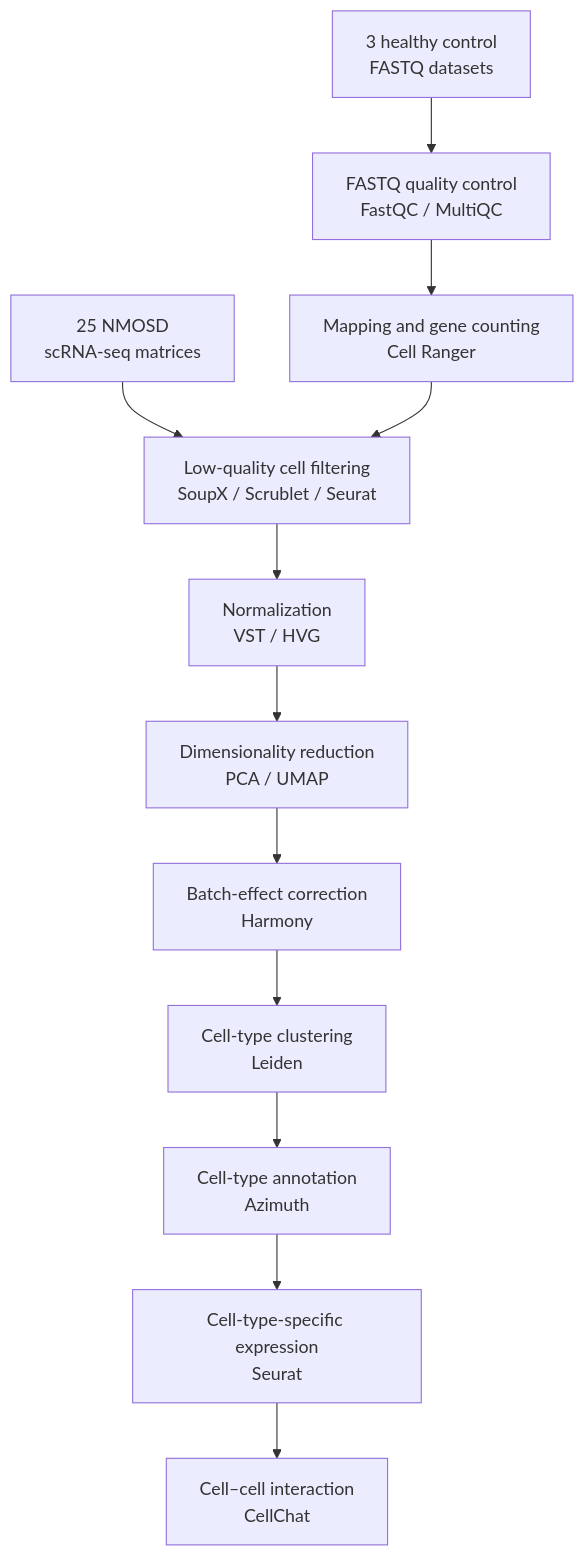
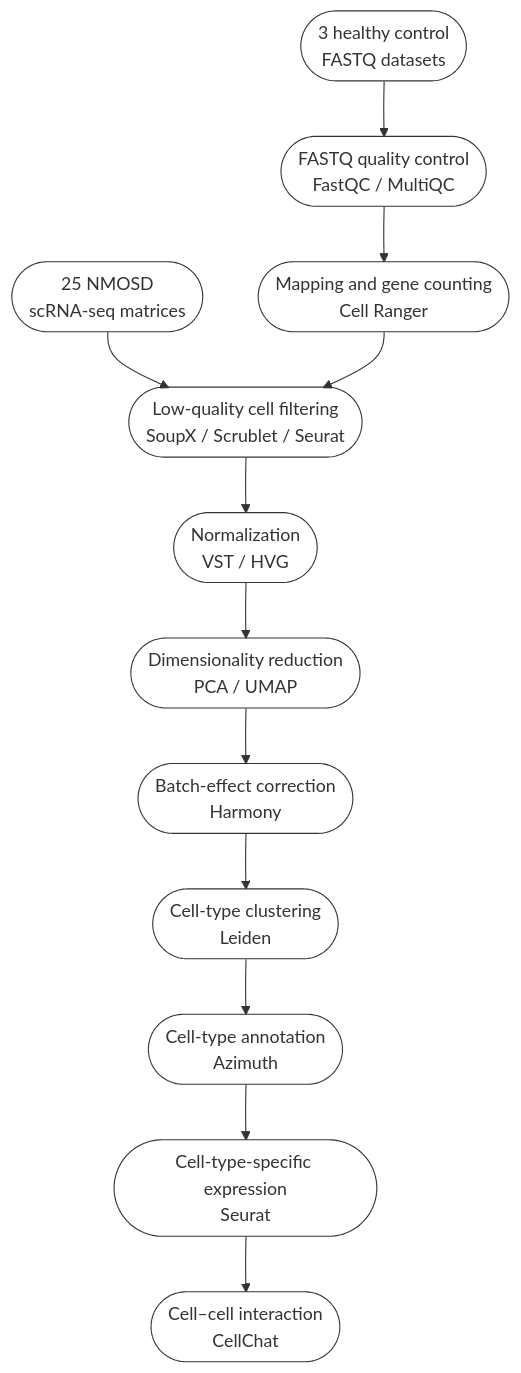
The diagram in README.md (dock0528/NMOSD_scRNA_analysis), drawn with Mermaid before and after one commit.

Commit message:
Refine workflow diagram styling

````diff
--- a/README.md
+++ b/README.md
@@ -26,14 +26,16 @@
 ```mermaid
 flowchart TD
-    A["25 NMOSD<br/>scRNA-seq matrices"] --> D["Low-quality cell filtering<br/>SoupX / Scrublet / Seurat"]
-    B["3 healthy control<br/>FASTQ datasets"] --> C["FASTQ quality control<br/>FastQC / MultiQC"]
-    C --> C1["Mapping and gene counting<br/>Cell Ranger"]
+    A(["25 NMOSD<br/>scRNA-seq matrices"]) --> D(["Low-quality cell filtering<br/>SoupX / Scrublet / Seurat"])
+    B(["3 healthy control<br/>FASTQ datasets"]) --> C(["FASTQ quality control<br/>FastQC / MultiQC"])
+    C --> C1(["Mapping and gene counting<br/>Cell Ranger"])
     C1 --> D
-    D --> E["Normalization<br/>VST / HVG"]
-    E --> F["Dimensionality reduction<br/>PCA / UMAP"]
-    F --> G["Batch-effect correction<br/>Harmony"]
-    G --> H["Cell-type clustering<br/>Leiden"]
-    H --> I["Cell-type annotation<br/>Azimuth"]
-    I --> J["Cell-type-specific expression<br/>Seurat"]
-    J --> K["Cell–cell interaction<br/>CellChat"]
+    D --> E(["Normalization<br/>VST / HVG"])
+    E --> F(["Dimensionality reduction<br/>PCA / UMAP"])
+    F --> G(["Batch-effect correction<br/>Harmony"])
+    G --> H(["Cell-type clustering<br/>Leiden"])
+    H --> I(["Cell-type annotation<br/>Azimuth"])
+    I --> J(["Cell-type-specific expression<br/>Seurat"])
+    J --> K(["Cell–cell interaction<br/>CellChat"])
+    classDef stage fill:transparent,stroke:#333,stroke-width:1px;
+    class A,B,C,C1,D,E,F,G,H,I,J,K stage;
 ```
````
